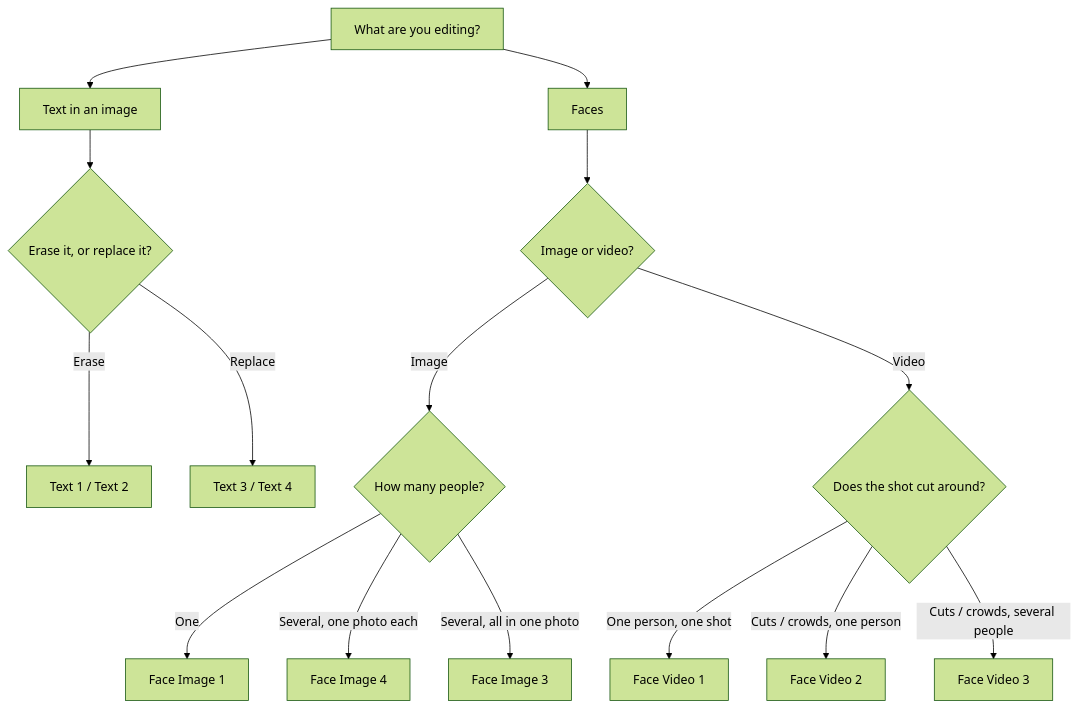
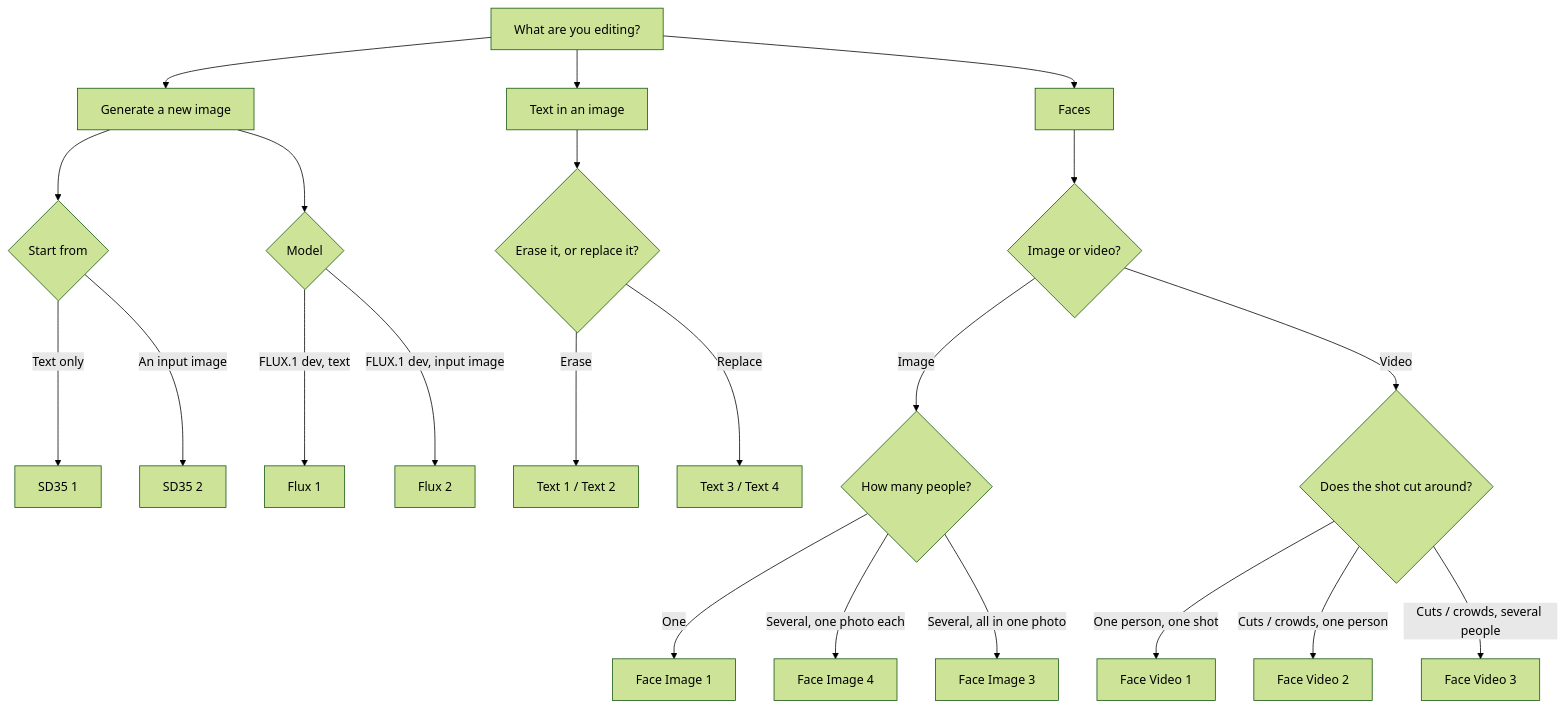
One commit to HarryChen1995/comfy-custom-workflow changed the first of 16 diagrams in README.md. Above: the diagram before and after it, drawn with Mermaid (forest theme). The commit also changed other lines of this file and 5 other files, not shown here.

Commit message:
Add FLUX.1 dev text and image-to-image workflows - Add Flux 1 - Text to image and Flux 2 - Image to image workflows - Add flux model group to download_models.py (flux1-dev-fp8 checkpoint) - Document Flux workflows, model source, P100 timings and HF 429 retry in README

````diff
--- a/README.md
+++ b/README.md
@@ -217,17 +253,24 @@
 ```mermaid
 flowchart TD
     A[What are you editing?] --> B[Text in an image]
     A --> C[Faces]
+    A --> G[Generate a new image]
+    G --> G1{Start from}
+    G1 -->|Text only| G2["SD35 1"]
+    G1 -->|An input image| G3["SD35 2"]
+    G --> G4{Model}
+    G4 -->|FLUX.1 dev, text| G5["Flux 1"]
+    G4 -->|FLUX.1 dev, input image| G6["Flux 2"]
     B --> B1{Erase it, or replace it?}
     B1 -->|Erase| B2["Text 1 / Text 2"]
     B1 -->|Replace| B3["Text 3 / Text 4"]
     C --> C1{Image or video?}
     C1 -->|Image| C2{How many people?}
     C2 -->|One| C3["Face Image 1"]
     C2 -->|Several, one photo each| C4["Face Image 4"]
     C2 -->|Several, all in one photo| C5["Face Image 3"]
     C1 -->|Video| C6{Does the shot cut around?}
     C6 -->|"One person, one shot"| C7["Face Video 1"]
     C6 -->|"Cuts / crowds, one person"| C8["Face Video 2"]
     C6 -->|"Cuts / crowds, several people"| C9["Face Video 3"]
 ```
````
